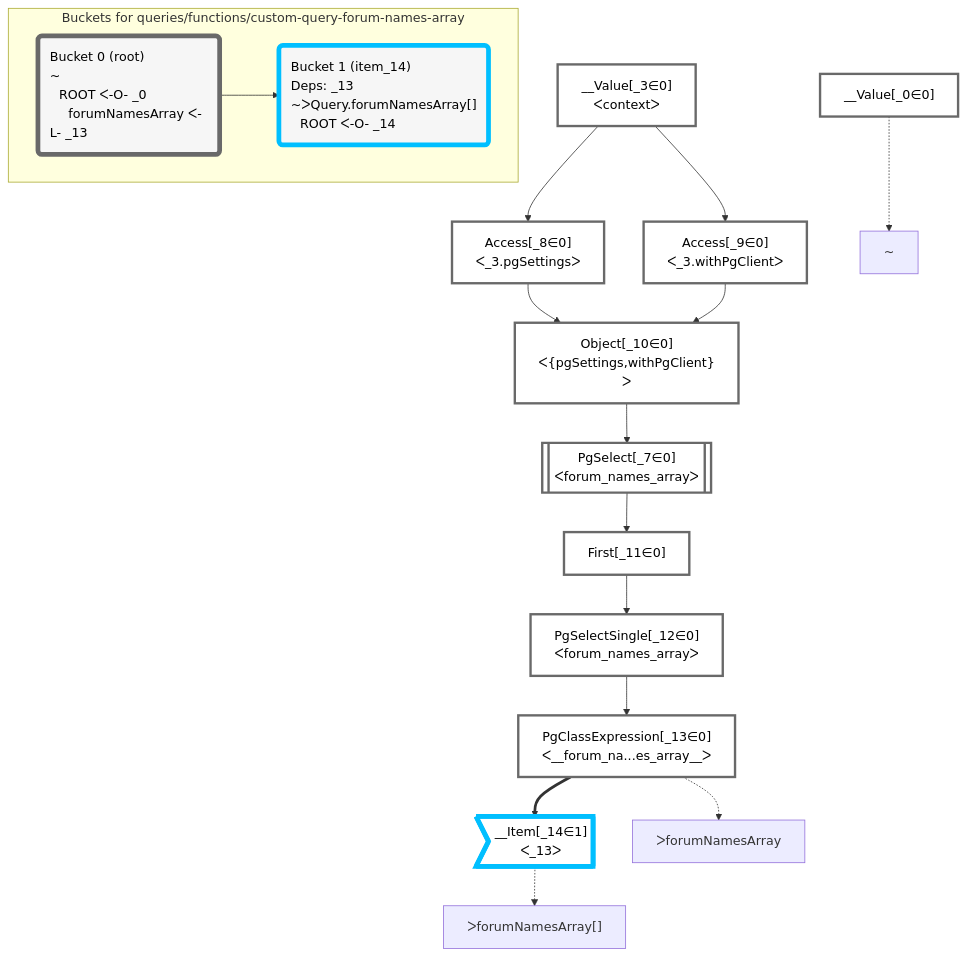
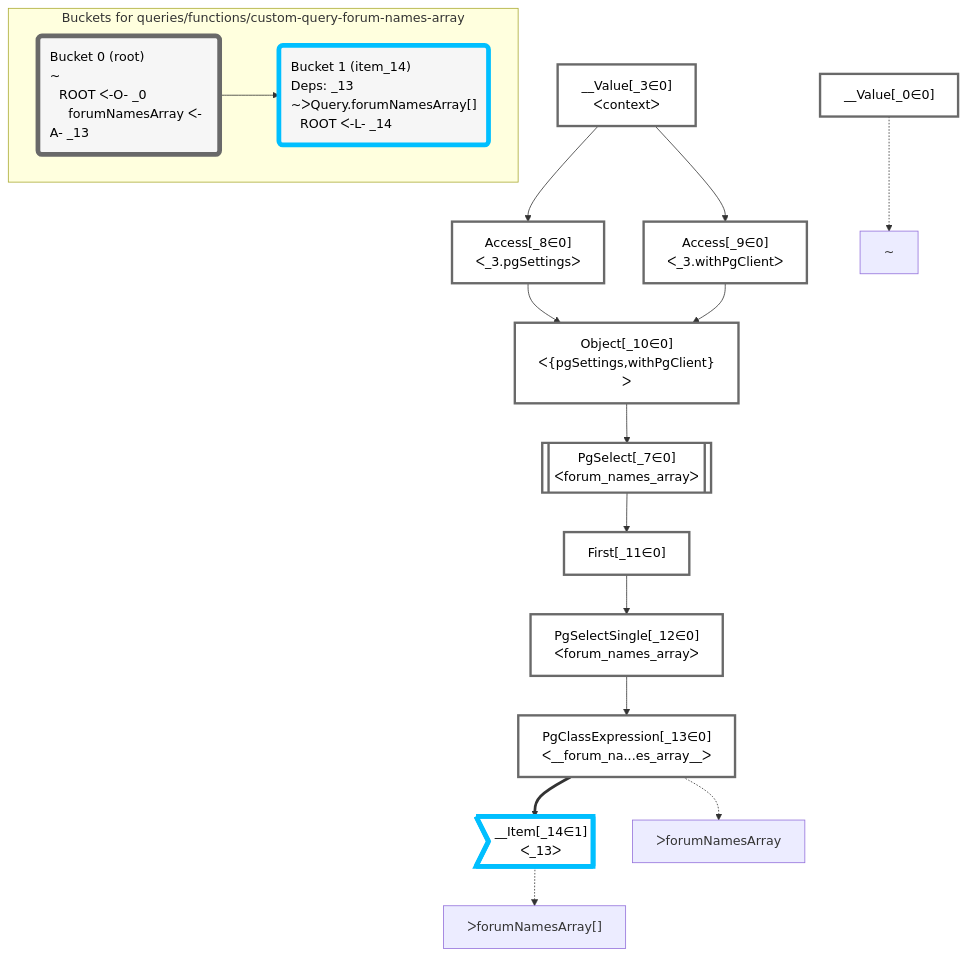
One commit to graphile/crystal changed the diagram in packages/dataplan-pg/__tests__/queries/functions/custom-query-forum-names-array.deopt.mermaid.md. Above: the diagram before and after it, drawn with Mermaid. The commit also changed 13 other files, not shown here.

````diff
--- a/packages/dataplan-pg/__tests__/queries/functions/custom-query-forum-names-array.deopt.mermaid.md
+++ b/packages/dataplan-pg/__tests__/queries/functions/custom-query-forum-names-array.deopt.mermaid.md
@@ -1,54 +1,54 @@
 ```mermaid
 graph TD
     classDef path fill:#eee,stroke:#000,color:#000
     classDef plan fill:#fff,stroke-width:3px,color:#000
     classDef itemplan fill:#fff,stroke-width:6px,color:#000
     classDef sideeffectplan fill:#f00,stroke-width:6px,color:#000
     classDef bucket fill:#f6f6f6,color:#000,stroke-width:6px,text-align:left
 
 
     %% define plans
     __Value_0["__Value[_0∈0]"]:::plan
     __Value_3["__Value[_3∈0]<br />ᐸcontextᐳ"]:::plan
     PgSelect_7[["PgSelect[_7∈0]<br />ᐸforum_names_arrayᐳ"]]:::plan
     Access_8["Access[_8∈0]<br />ᐸ_3.pgSettingsᐳ"]:::plan
     Access_9["Access[_9∈0]<br />ᐸ_3.withPgClientᐳ"]:::plan
     Object_10["Object[_10∈0]<br />ᐸ{pgSettings,withPgClient}ᐳ"]:::plan
     First_11["First[_11∈0]"]:::plan
     PgSelectSingle_12["PgSelectSingle[_12∈0]<br />ᐸforum_names_arrayᐳ"]:::plan
     PgClassExpression_13["PgClassExpression[_13∈0]<br />ᐸ__forum_na...es_array__ᐳ"]:::plan
     __Item_14>"__Item[_14∈1]<br />ᐸ_13ᐳ"]:::itemplan
 
     %% plan dependencies
     Object_10 --> PgSelect_7
     __Value_3 --> Access_8
     __Value_3 --> Access_9
     Access_8 --> Object_10
     Access_9 --> Object_10
     PgSelect_7 --> First_11
     First_11 --> PgSelectSingle_12
     PgSelectSingle_12 --> PgClassExpression_13
     PgClassExpression_13 ==> __Item_14
 
     %% plan-to-path relationships
     P_0["~"]
     __Value_0 -.-> P_0
     P_13["ᐳforumNamesArray"]
     PgClassExpression_13 -.-> P_13
     P_14["ᐳforumNamesArray[]"]
     __Item_14 -.-> P_14
 
     %% allocate buckets
     classDef bucket0 stroke:#696969
     class __Value_0,__Value_3,PgSelect_7,Access_8,Access_9,Object_10,First_11,PgSelectSingle_12,PgClassExpression_13 bucket0
     classDef bucket1 stroke:#00bfff
     class __Item_14 bucket1
 
     subgraph "Buckets for queries/functions/custom-query-forum-names-array"
-    Bucket0("Bucket 0 (root)<br />~<br />⠀ROOT ᐸ-O- _0<br />⠀⠀forumNamesArray ᐸ-L- _13"):::bucket
+    Bucket0("Bucket 0 (root)<br />~<br />⠀ROOT ᐸ-O- _0<br />⠀⠀forumNamesArray ᐸ-A- _13"):::bucket
     style Bucket0 stroke:#696969
-    Bucket1("Bucket 1 (item_14)<br />Deps: _13<br />~ᐳQuery.forumNamesArray[]<br />⠀ROOT ᐸ-O- _14"):::bucket
+    Bucket1("Bucket 1 (item_14)<br />Deps: _13<br />~ᐳQuery.forumNamesArray[]<br />⠀ROOT ᐸ-L- _14"):::bucket
     style Bucket1 stroke:#00bfff
     Bucket0 --> Bucket1
     end
 ```
````
